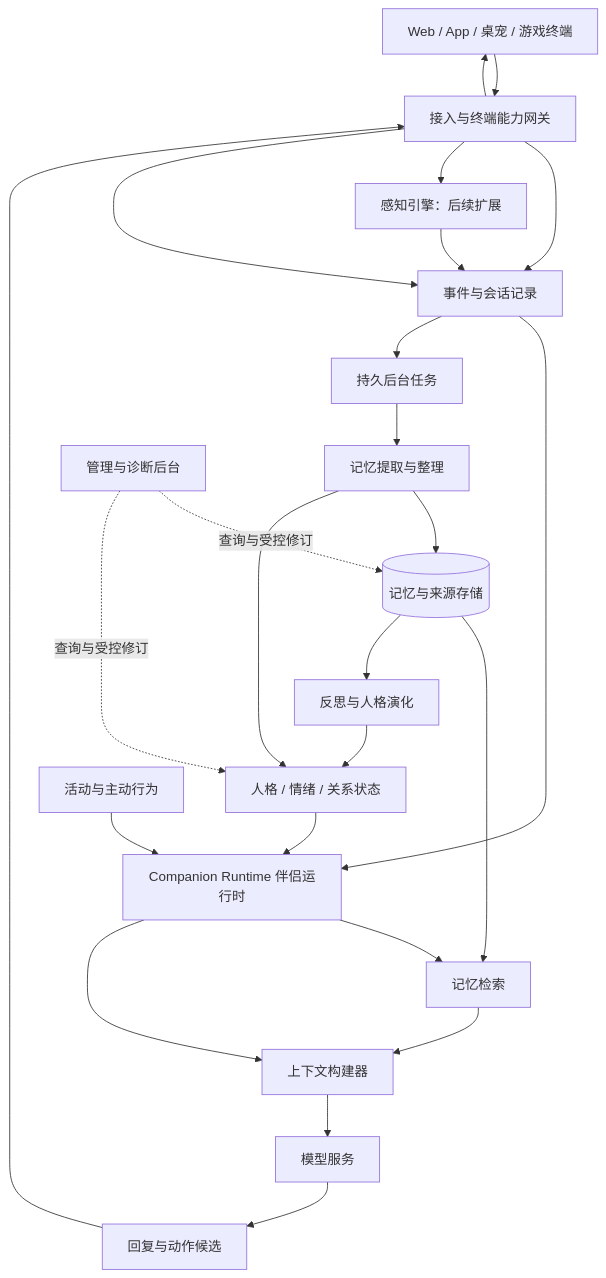
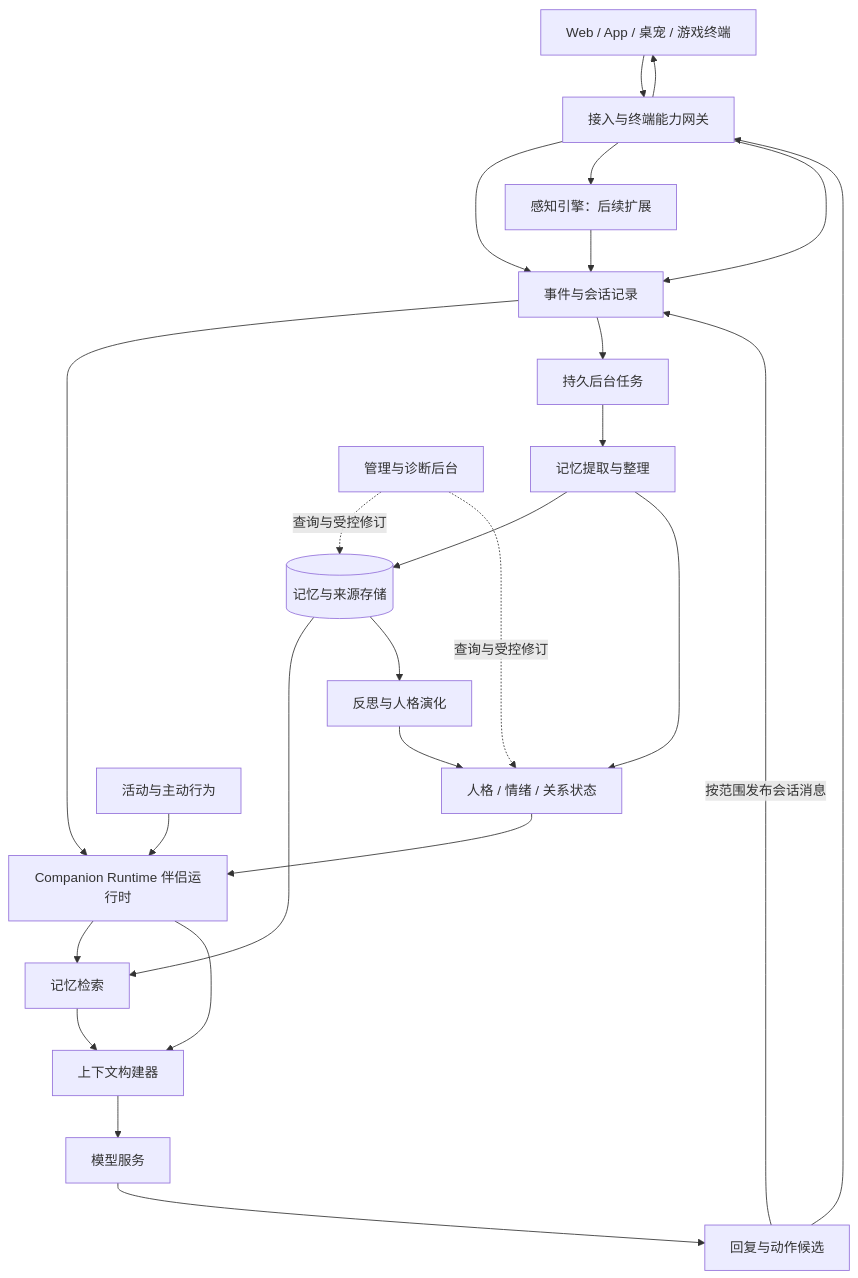
One commit to illusionGD/memory-weave changed the diagram in docs/architecture.md. Above: the diagram before and after it, drawn with Mermaid. The commit also changed other lines of this file and 1 other file, not shown here.

````diff
--- a/docs/architecture.md
+++ b/docs/architecture.md
@@ -32,27 +33,28 @@
 ```mermaid
 flowchart TD
     T[Web / App / 桌宠 / 游戏终端] --> G[接入与终端能力网关]
     G --> EV[事件与会话记录]
     G --> P[感知引擎：后续扩展]
     P --> EV
     EV --> R[Companion Runtime 伴侣运行时]
     PS[人格 / 情绪 / 关系状态] --> R
     AP[活动与主动行为] --> R
     R --> MR[记忆检索]
     MR --> CB[上下文构建器]
     R --> CB
     CB --> MG[模型服务]
     MG --> O[回复与动作候选]
     O --> G
+    O -->|按范围发布会话消息| EV
     G --> T
     G --> EV
     EV --> J[持久后台任务]
     J --> MW[记忆提取与整理]
     MW --> MS[(记忆与来源存储)]
     MS --> MR
     MS --> RF[反思与人格演化]
     RF --> PS
     MW --> PS
     D[管理与诊断后台] -. 查询与受控修订 .-> MS
     D -. 查询与受控修订 .-> PS
 ```
````
